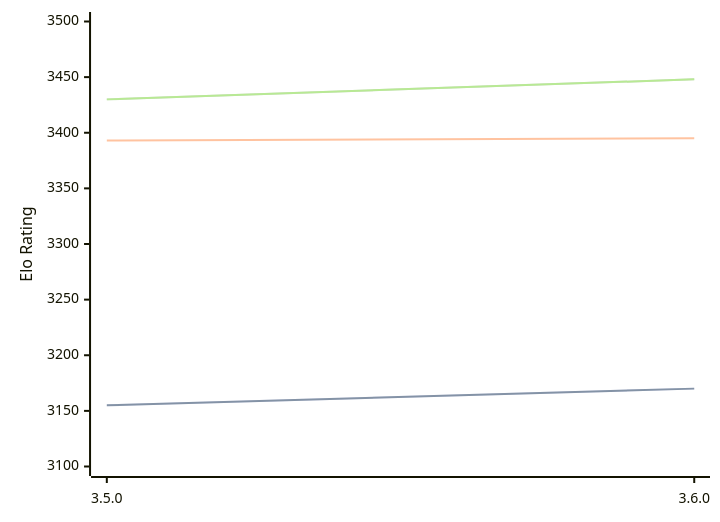
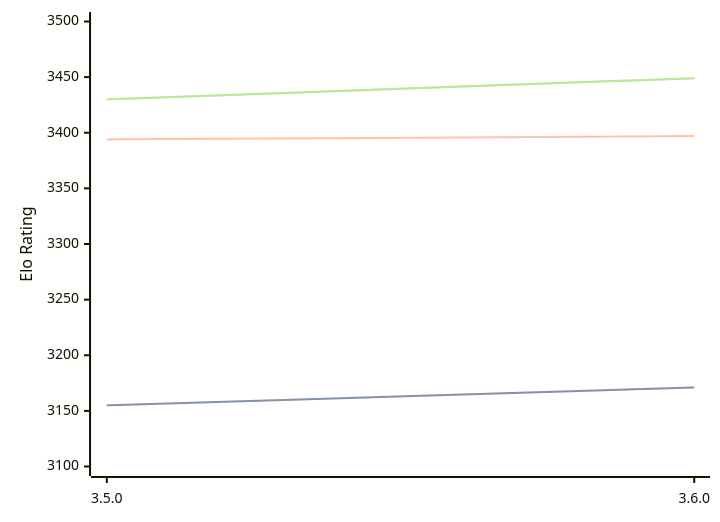
Before and after one commit to computer-chess-index/cci: the third of 3 diagrams in engines/Igel.md, drawn with Mermaid. The commit also changed other lines of this file, not shown here.

Commit message:
Update CCI Ratings (ELO VLTC) - 2026-07-14

````diff
--- a/engines/Igel.md
+++ b/engines/Igel.md
@@ -101,11 +101,11 @@
 ```mermaid
 %%{init: {"theme":"base","themeVariables":{"seriesColors:['#a3a3a3','#222221','#faa371']}}}%%
 xychart-beta
   x-axis ["3.5.0", "3.6.0"]
   y-axis "Elo Rating" 3100 --> 3500
-  line "STC (8.0+0.08s)" [3155, 3170]
-  line "STC (8.0+0.08s)" [3155, 3170]
-  line "LTC (60.0+0.60s)" [3393, 3395]
-  line "VLTC (2m24s+1.12s)" [3430, 3448]
-  line "VLTC (2m24s+1.12s)" [3430, 3448]
+  line "STC (8.0+0.08s)" [3155, 3171]
+  line "STC (8.0+0.08s)" [3155, 3171]
+  line "LTC (60.0+0.60s)" [3394, 3397]
+  line "VLTC (2m24s+1.12s)" [3430, 3449]
+  line "VLTC (2m24s+1.12s)" [3430, 3449]
 ```
````
